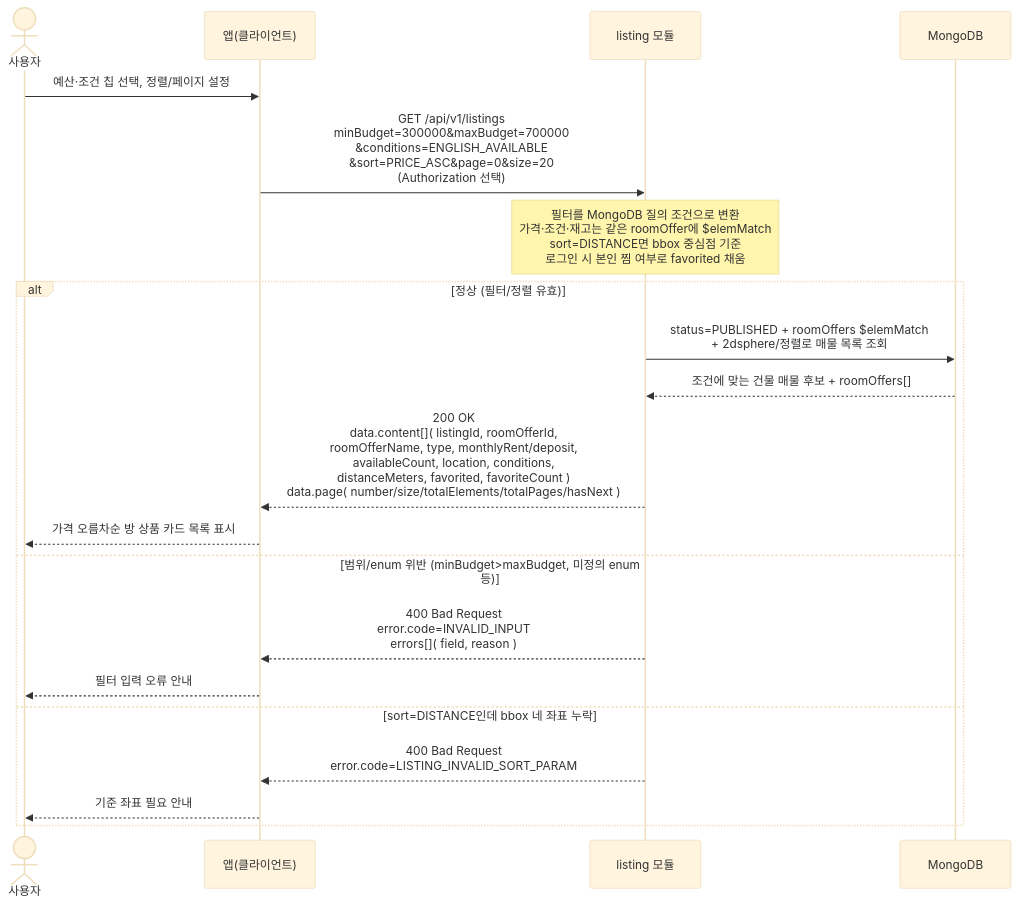
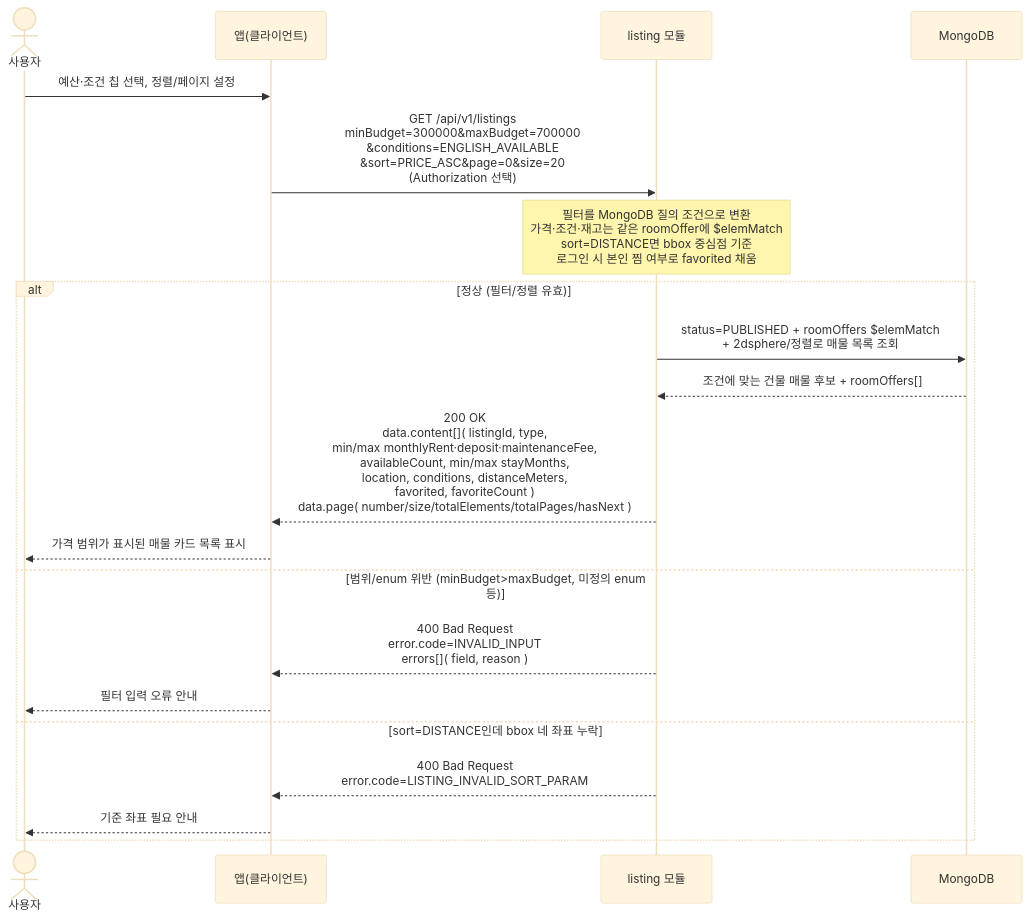
The diagram in docs/architecture/sequence-diagrams/03-listings-favorites/us-3-1-listing-list-explore.md (swyp-app-5th-team1/Kohere-backend), drawn with Mermaid (base theme) before and after one commit. The commit also changed other lines of this file and 12 other files, not shown here.

````diff
--- a/docs/architecture/sequence-diagrams/03-listings-favorites/us-3-1-listing-list-explore.md
+++ b/docs/architecture/sequence-diagrams/03-listings-favorites/us-3-1-listing-list-explore.md
@@ -5,23 +5,23 @@
 ```mermaid
 sequenceDiagram
     actor U as 사용자
     participant C as 앱(클라이언트)
     participant LIST as listing 모듈
     participant DB as MongoDB
 
     U->>C: 예산·조건 칩 선택, 정렬/페이지 설정
     C->>LIST: GET /api/v1/listings<br/>minBudget=300000&maxBudget=700000<br/>&conditions=ENGLISH_AVAILABLE<br/>&sort=PRICE_ASC&page=0&size=20<br/>(Authorization 선택)
     Note over LIST: 필터를 MongoDB 질의 조건으로 변환<br/>가격·조건·재고는 같은 roomOffer에 $elemMatch<br/>sort=DISTANCE면 bbox 중심점 기준<br/>로그인 시 본인 찜 여부로 favorited 채움
     alt 정상 (필터/정렬 유효)
         LIST->>DB: status=PUBLISHED + roomOffers $elemMatch<br/>+ 2dsphere/정렬로 매물 목록 조회
         DB-->>LIST: 조건에 맞는 건물 매물 후보 + roomOffers[]
-        LIST-->>C: 200 OK<br/>data.content[]( listingId, roomOfferId,<br/>roomOfferName, type, monthlyRent/deposit,<br/>availableCount, location, conditions,<br/>distanceMeters, favorited, favoriteCount )<br/>data.page( number/size/totalElements/totalPages/hasNext )
-        C-->>U: 가격 오름차순 방 상품 카드 목록 표시
+        LIST-->>C: 200 OK<br/>data.content[]( listingId, type,<br/>min/max monthlyRent·deposit·maintenanceFee,<br/>availableCount, min/max stayMonths,<br/>location, conditions, distanceMeters,<br/>favorited, favoriteCount )<br/>data.page( number/size/totalElements/totalPages/hasNext )
+        C-->>U: 가격 범위가 표시된 매물 카드 목록 표시
     else 범위/enum 위반 (minBudget>maxBudget, 미정의 enum 등)
         LIST-->>C: 400 Bad Request<br/>error.code=INVALID_INPUT<br/>errors[]( field, reason )
         C-->>U: 필터 입력 오류 안내
     else sort=DISTANCE인데 bbox 네 좌표 누락
         LIST-->>C: 400 Bad Request<br/>error.code=LISTING_INVALID_SORT_PARAM
         C-->>U: 기준 좌표 필요 안내
     end
 ```
````
